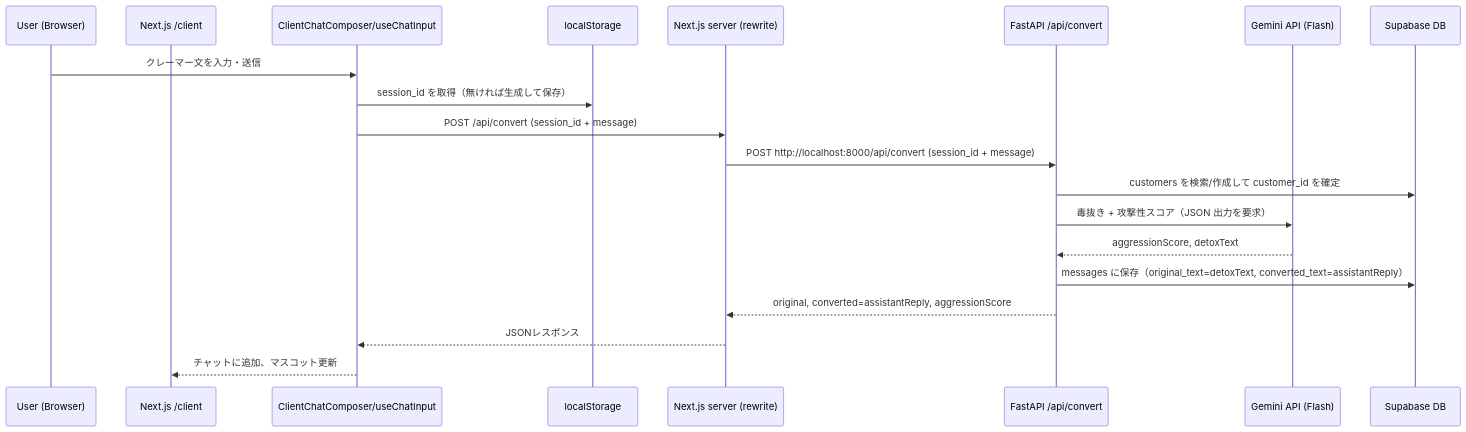
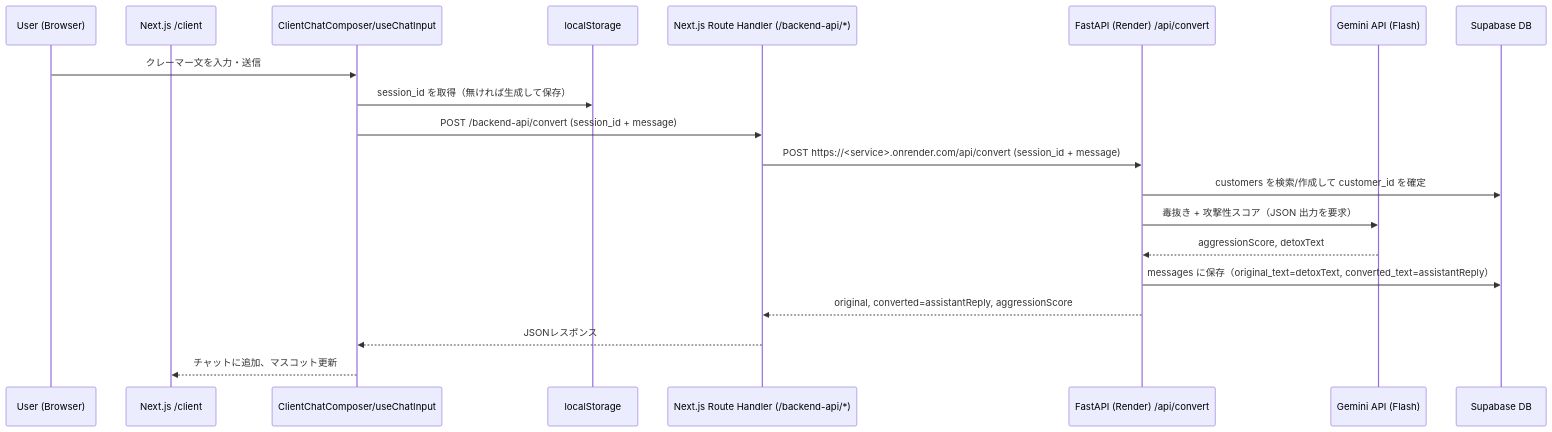
The second of 5 diagrams in _docs/実装状況.md (Uzy03/Hackathon_2026-3-7), drawn with Mermaid before and after one commit. The commit also changed other lines of this file and 1 other file, not shown here.

````diff
--- a/_docs/実装状況.md
+++ b/_docs/実装状況.md
@@ -25,23 +24,23 @@
 ```mermaid
 sequenceDiagram
   participant User as User (Browser)
   participant Page as Next.js /client
   participant Chat as ClientChatComposer/useChatInput
   participant Storage as localStorage
-  participant Next as Next.js server (rewrite)
-  participant API as FastAPI /api/convert
+  participant Next as Next.js Route Handler (/backend-api/*)
+  participant API as FastAPI (Render) /api/convert
   participant Gemini as Gemini API (Flash)
   participant DB as Supabase DB
 
   User->>Chat: クレーマー文を入力・送信
   Chat->>Storage: session_id を取得（無ければ生成して保存）
-  Chat->>Next: POST /api/convert (session_id + message)
-  Next->>API: POST http://localhost:8000/api/convert (session_id + message)
+  Chat->>Next: POST /backend-api/convert (session_id + message)
+  Next->>API: POST https://<service>.onrender.com/api/convert (session_id + message)
   API->>DB: customers を検索/作成して customer_id を確定
   API->>Gemini: 毒抜き + 攻撃性スコア（JSON 出力を要求）
   Gemini-->>API: aggressionScore, detoxText
   API->>DB: messages に保存（original_text=detoxText, converted_text=assistantReply）
   API-->>Next: original, converted=assistantReply, aggressionScore
   Next-->>Chat: JSONレスポンス
   Chat-->>Page: チャットに追加、マスコット更新
 ```
````
